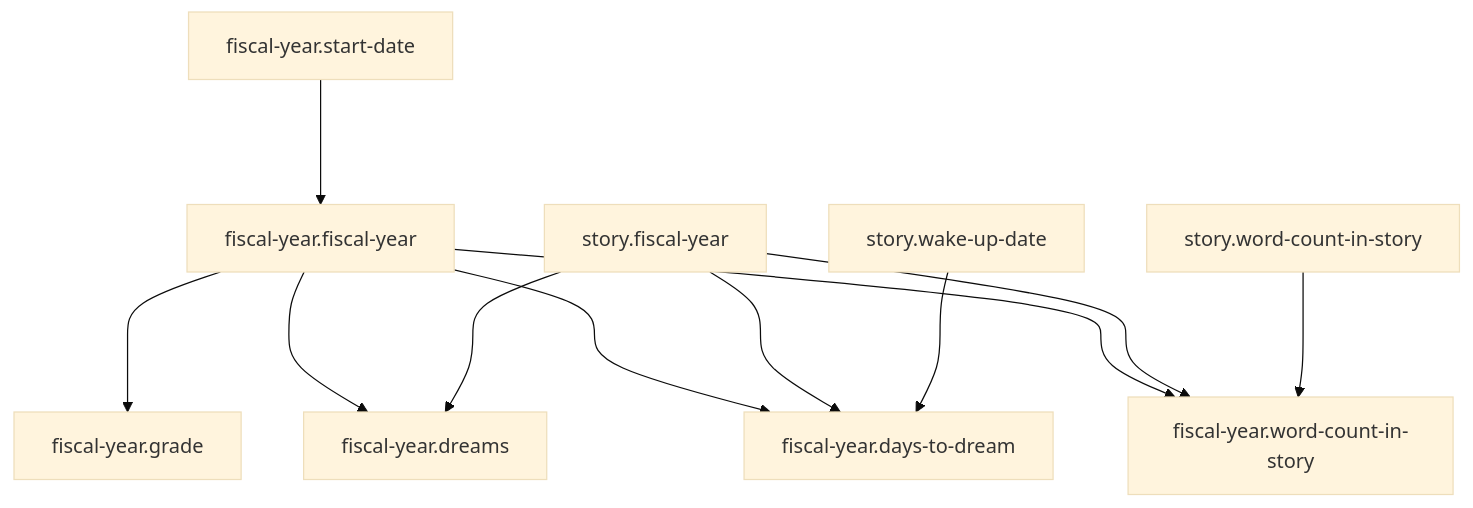
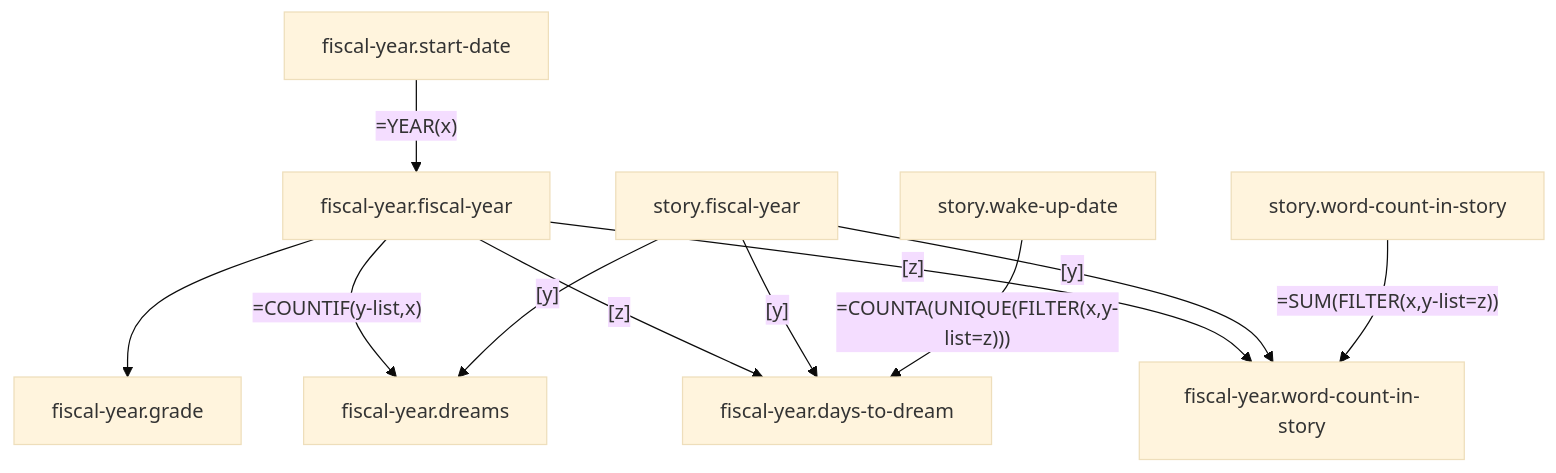
One commit to AsPJT/dream-dataset-harper changed the third of 5 diagrams in README.md. Above: the diagram before and after it, drawn with Mermaid (base theme). The commit also changed other lines of this file, not shown here.

````diff
--- a/README.md
+++ b/README.md
@@ -52,12 +52,12 @@
 ```mermaid
 flowchart TD
-  fiscal-year.start-date ---> fiscal-year.fiscal-year ---> fiscal-year.grade
-  fiscal-year.fiscal-year ---> fiscal-year.dreams
-  story.fiscal-year ---> fiscal-year.dreams
-  fiscal-year.fiscal-year ---> fiscal-year.days-to-dream
-  story.fiscal-year ---> fiscal-year.days-to-dream
-  story.wake-up-date ---> fiscal-year.days-to-dream
-  fiscal-year.fiscal-year ---> fiscal-year.word-count-in-story
-  story.fiscal-year ---> fiscal-year.word-count-in-story
-  story.word-count-in-story ---> fiscal-year.word-count-in-story
+  fiscal-year.start-date --"=YEAR(x)"--> fiscal-year.fiscal-year --> fiscal-year.grade
+  fiscal-year.fiscal-year --"=COUNTIF(y-list,x)"--> fiscal-year.dreams
+  story.fiscal-year --"[y]"--> fiscal-year.dreams
+  fiscal-year.fiscal-year --"[z]"--> fiscal-year.days-to-dream
+  story.fiscal-year --"[y]"--> fiscal-year.days-to-dream
+  story.wake-up-date --"=COUNTA(UNIQUE(FILTER(x,y-list=z)))"--> fiscal-year.days-to-dream
+  fiscal-year.fiscal-year --"[z]"--> fiscal-year.word-count-in-story
+  story.fiscal-year --"[y]"--> fiscal-year.word-count-in-story
+  story.word-count-in-story --"=SUM(FILTER(x,y-list=z))"--> fiscal-year.word-count-in-story
 ```
````
